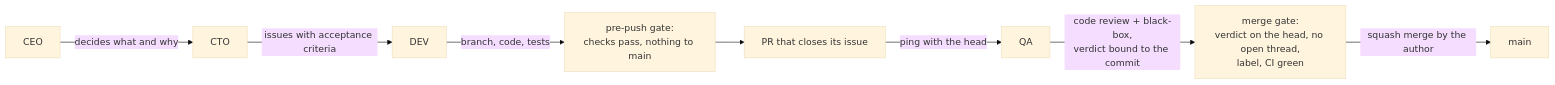
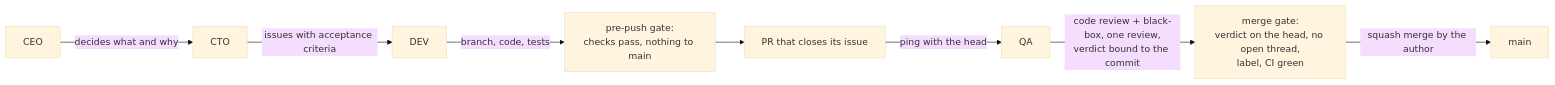
One commit to gzurl/agent-squad changed the diagram in README.md. Above: the diagram before and after it, drawn with Mermaid (base theme). The commit also changed other lines of this file and 2 other files, not shown here.

Commit message:
docs: v16 — QA review fixes: From v15 by hand, the bootstrap commit's first checks list, the install items as the installer prints them, hooks, pytest and mypy, CHANGELOG

````diff
--- a/README.md
+++ b/README.md
@@ -66,10 +66,10 @@
 ```mermaid
 flowchart LR
   CEO -- "decides what and why" --> CTO
   CTO -- "issues with acceptance criteria" --> DEV
   DEV -- "branch, code, tests" --> PUSH["pre-push gate:<br/>checks pass, nothing to main"]
   PUSH --> PR["PR that closes its issue"]
   PR -- "ping with the head" --> QA
-  QA -- "code review + black-box,<br/>verdict bound to the commit" --> MERGE["merge gate:<br/>verdict on the head, no open thread,<br/>label, CI green"]
+  QA -- "code review + black-box, one review,<br/>verdict bound to the commit" --> MERGE["merge gate:<br/>verdict on the head, no open thread,<br/>label, CI green"]
   MERGE -- "squash merge by the author" --> MAIN["main"]
 ```
````
